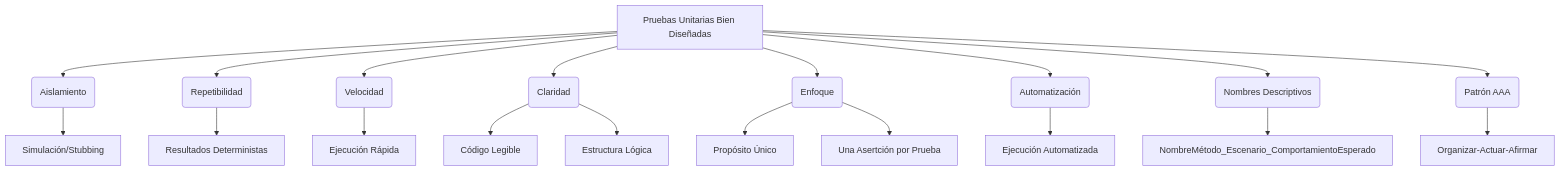
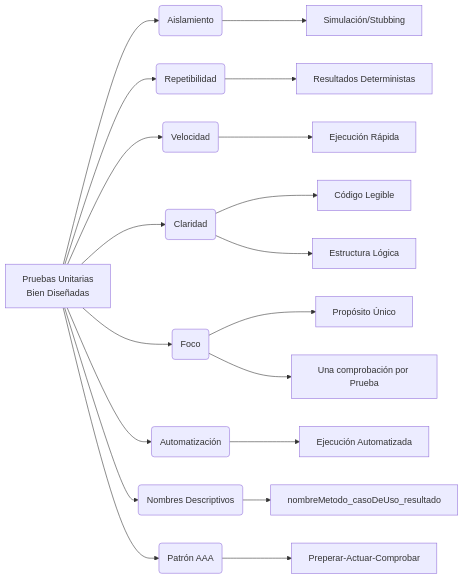
Before and after one commit to csuardev/csuardev.github.io: the diagram in csuardev/content/es/posts/unit-test-junit.md, drawn with Mermaid. The commit also changed other lines of this file, not shown here.

````diff
--- a/csuardev/content/es/posts/unit-test-junit.md
+++ b/csuardev/content/es/posts/unit-test-junit.md
@@ -42,22 +42,23 @@
 ```mermaid
-graph TD
-    A[Pruebas Unitarias Bien Diseñadas] --> B(Aislamiento);
+graph LR
+    A[Pruebas Unitarias 
+    Bien Diseñadas] --> B(Aislamiento);
     A --> C(Repetibilidad);
     A --> D(Velocidad);
     A --> E(Claridad);
-    A --> F(Enfoque);
+    A --> F(Foco);
     A --> G(Automatización);
     A --> H(Nombres Descriptivos);
     A --> I(Patrón AAA);
 
     B --> B1[Simulación/Stubbing];
     C --> C1[Resultados Deterministas];
     D --> D1[Ejecución Rápida];
     E --> E1[Código Legible];
     E --> E2[Estructura Lógica];
     F --> F1[Propósito Único];
-    F --> F2[Una Asertción por Prueba ];
+    F --> F2[Una comprobación por Prueba ];
     G --> G1[Ejecución Automatizada];
-    H --> H1[NombreMétodo_Escenario_ComportamientoEsperado];
-    I --> I1[Organizar-Actuar-Afirmar];
+    H --> H1[nombreMetodo_casoDeUso_resultado];
+    I --> I1[ Preperar-Actuar-Comprobar];
 ```
````
